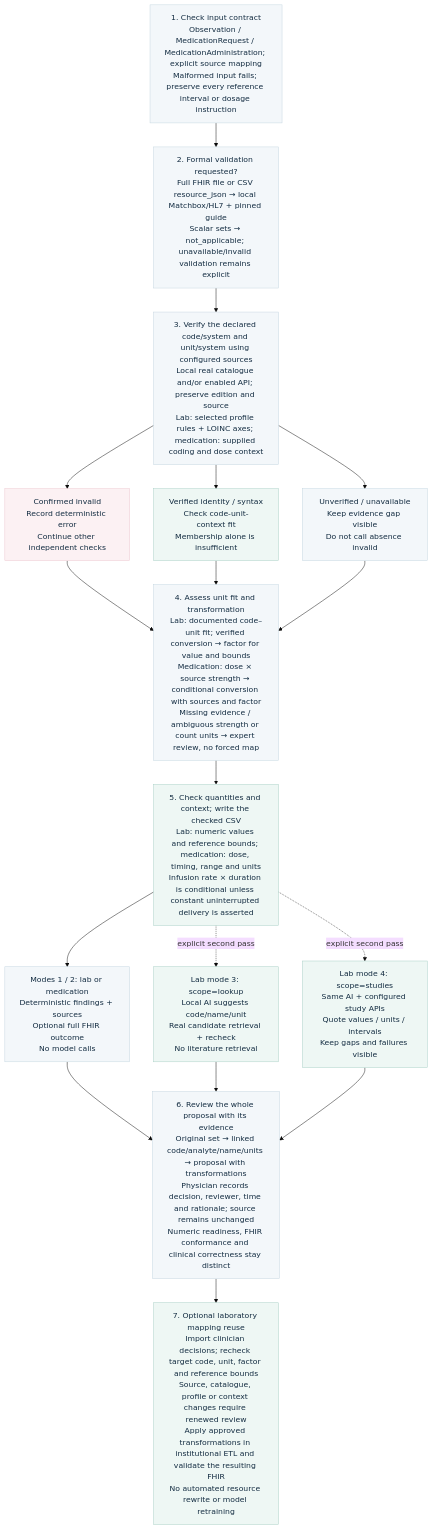
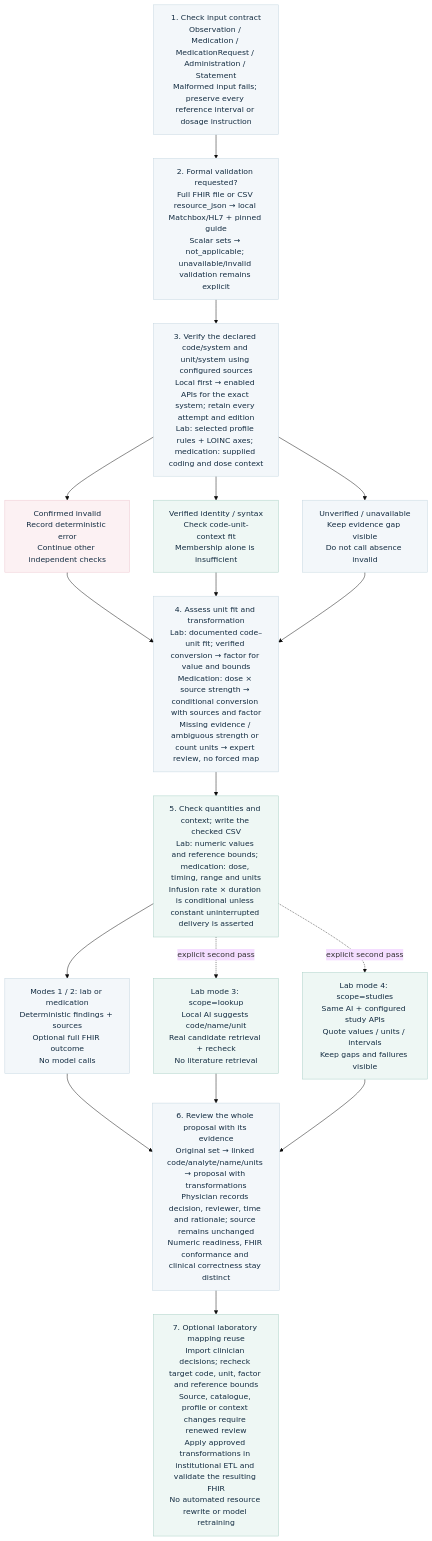
One commit to neumdan/semantic-plausibility changed the diagram in docs/decision-flow.mmd. Above: the diagram before and after it, drawn with Mermaid (base theme). The commit also changed 52 other files, not shown here.

Commit message:
Clarify setup and add local terminology and medication support

```diff
--- a/docs/decision-flow.mmd
+++ b/docs/decision-flow.mmd
@@ -1,37 +1,37 @@
 %% Same node/edge contract as decision-flow.svg.
 flowchart TD
-    CONTRACT["1. Check input contract<br/>Observation / MedicationRequest / MedicationAdministration; explicit source mapping<br/>Malformed input fails; preserve every reference interval or dosage instruction"]
+    CONTRACT["1. Check input contract<br/>Observation / Medication / MedicationRequest / Administration / Statement<br/>Malformed input fails; preserve every reference interval or dosage instruction"]
     VALIDATION["2. Formal validation requested?<br/>Full FHIR file or CSV resource_json → local Matchbox/HL7 + pinned guide<br/>Scalar sets → not_applicable; unavailable/invalid validation remains explicit"]
-    LOOKUP["3. Verify the declared code/system and unit/system using configured sources<br/>Local real catalogue and/or enabled API; preserve edition and source<br/>Lab: selected profile rules + LOINC axes; medication: supplied coding and dose context"]
+    LOOKUP["3. Verify the declared code/system and unit/system using configured sources<br/>Local first → enabled APIs for the exact system; retain every attempt and edition<br/>Lab: selected profile rules + LOINC axes; medication: supplied coding and dose context"]
     INVALID["Confirmed invalid<br/>Record deterministic error<br/>Continue other independent checks"]
     VERIFIED["Verified identity / syntax<br/>Check code-unit-context fit<br/>Membership alone is insufficient"]
     UNKNOWN["Unverified / unavailable<br/>Keep evidence gap visible<br/>Do not call absence invalid"]
     FIT["4. Assess unit fit and transformation<br/>Lab: documented code–unit fit; verified conversion → factor for value and bounds<br/>Medication: dose × source strength → conditional conversion with sources and factor<br/>Missing evidence / ambiguous strength or count units → expert review, no forced map"]
     NUMERIC["5. Check quantities and context; write the checked CSV<br/>Lab: numeric values and reference bounds; medication: dose, timing, range and units<br/>Infusion rate × duration is conditional unless constant uninterrupted delivery is asserted"]
     NO_AI["Modes 1 / 2: lab or medication<br/>Deterministic findings + sources<br/>Optional full FHIR outcome<br/>No model calls"]
     AI["Lab mode 3: scope=lookup<br/>Local AI suggests code/name/unit<br/>Real candidate retrieval + recheck<br/>No literature retrieval"]
     EVIDENCE["Lab mode 4: scope=studies<br/>Same AI + configured study APIs<br/>Quote values / units / intervals<br/>Keep gaps and failures visible"]
     REVIEW["6. Review the whole proposal with its evidence<br/>Original set → linked code/analyte/name/units → proposal with transformations<br/>Physician records decision, reviewer, time and rationale; source remains unchanged<br/>Numeric readiness, FHIR conformance and clinical correctness stay distinct"]
     REUSE["7. Optional laboratory mapping reuse<br/>Import clinician decisions; recheck target code, unit, factor and reference bounds<br/>Source, catalogue, profile or context changes require renewed review<br/>Apply approved transformations in institutional ETL and validate the resulting FHIR<br/>No automated resource rewrite or model retraining"]
     CONTRACT --> VALIDATION
     VALIDATION --> LOOKUP
     LOOKUP --> INVALID
     LOOKUP --> VERIFIED
     LOOKUP --> UNKNOWN
     INVALID --> FIT
     VERIFIED --> FIT
     UNKNOWN --> FIT
     FIT --> NUMERIC
     NUMERIC --> NO_AI
     NUMERIC -.-> |"explicit second pass"| AI
     NUMERIC -.-> |"explicit second pass"| EVIDENCE
     NO_AI --> REVIEW
     AI --> REVIEW
     EVIDENCE --> REVIEW
     REVIEW --> REUSE
     classDef normal fill:#f3f7fa,stroke:#c4d5df,color:#142d42
     class CONTRACT,VALIDATION,LOOKUP,UNKNOWN,FIT,NO_AI,REVIEW normal
     classDef teal fill:#eef7f4,stroke:#a8cfc6,color:#142d42
     class VERIFIED,NUMERIC,AI,EVIDENCE,REUSE teal
     classDef error fill:#fcf1f3,stroke:#ecc7cf,color:#142d42
     class INVALID error
```
